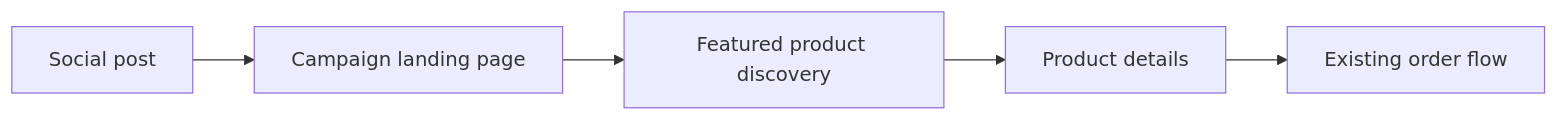
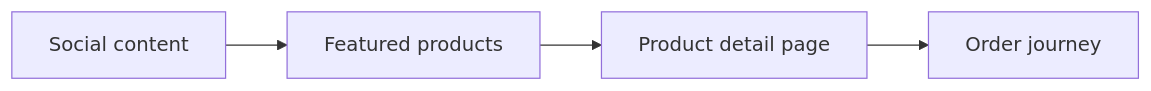
The diagram in portfolio/case-studies/retail-discovery.md (Abi0l9/Abi0l9), drawn with Mermaid before and after one commit. The commit also changed other lines of this file, not shown here.

Commit message:
docs(case-study): publish product-named professional copy and clear engineering story

````diff
--- a/portfolio/case-studies/retail-discovery.md
+++ b/portfolio/case-studies/retail-discovery.md
@@ -13,7 +19,6 @@
 ```mermaid
 flowchart LR
-  V["Social post"] --> L["Campaign landing page"]
-  L --> F["Featured product discovery"]
-  F --> P["Product details"]
-  P --> A["Existing order flow"]
+  S["Social content"] --> F["Featured products"]
+  F --> P["Product detail page"]
+  P --> O["Order journey"]
 ```
````
